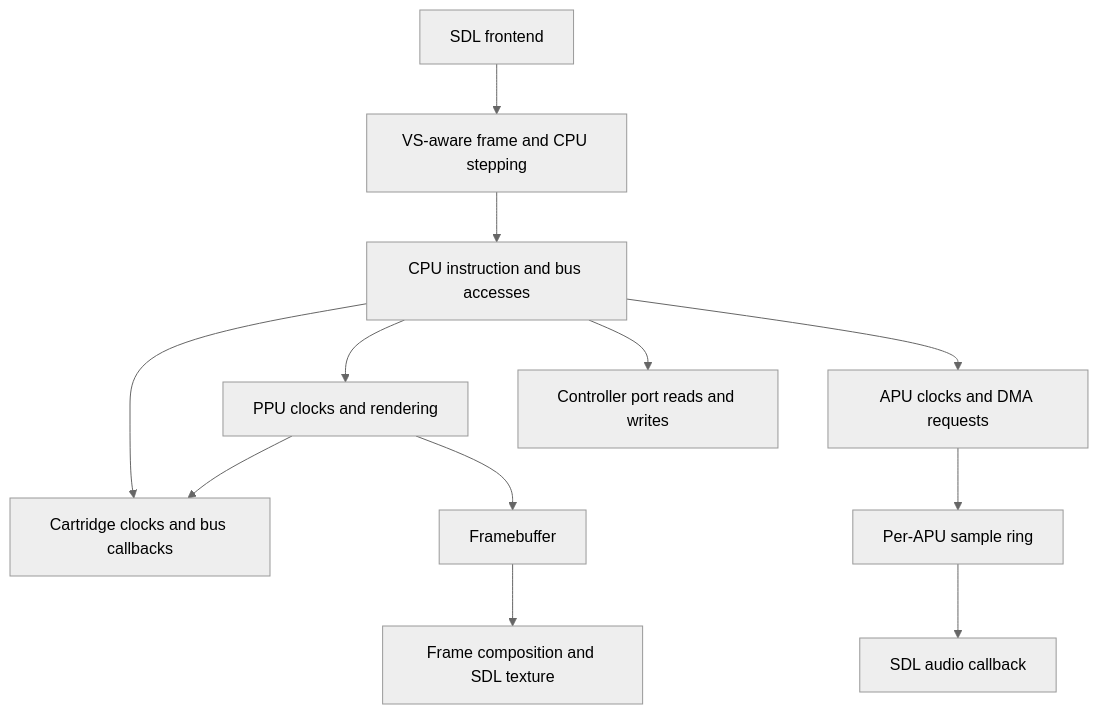
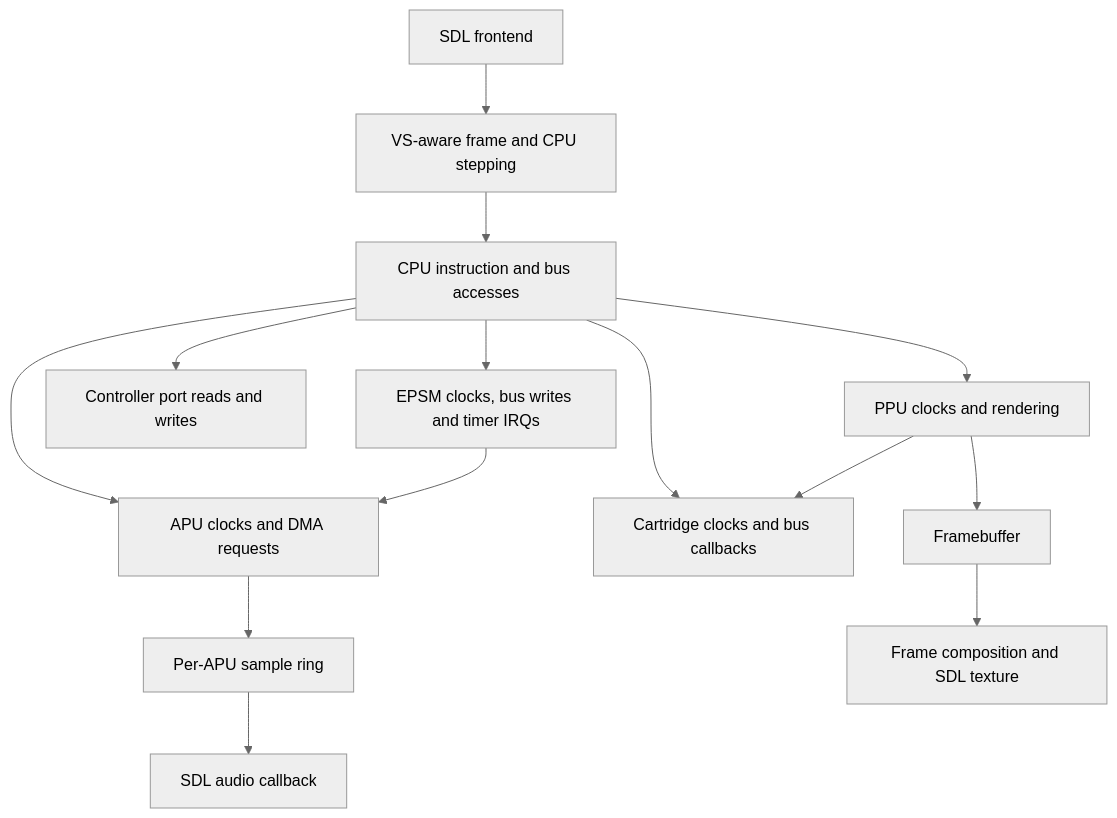
Before and after one commit to cupidthecat/cupid-nes: the diagram in docs/architecture.md, drawn with Mermaid (neutral theme). The commit also changed other lines of this file and 14 other files, not shown here.

````diff
--- a/docs/architecture.md
+++ b/docs/architecture.md
@@ -29,14 +30,16 @@
 ```mermaid
 flowchart TD
     Frontend[SDL frontend] --> Frame[VS-aware frame and CPU stepping]
     Frame --> CPU[CPU instruction and bus accesses]
     CPU --> PPU[PPU clocks and rendering]
     CPU --> APU[APU clocks and DMA requests]
     CPU --> Cart[Cartridge clocks and bus callbacks]
     CPU --> Input[Controller port reads and writes]
+    CPU --> EPSM[EPSM clocks, bus writes and timer IRQs]
     PPU --> Cart
     PPU --> Pixels[Framebuffer]
     APU --> Samples[Per-APU sample ring]
+    EPSM --> APU
     Pixels --> Display[Frame composition and SDL texture]
     Samples --> Callback[SDL audio callback]
 ```
````
